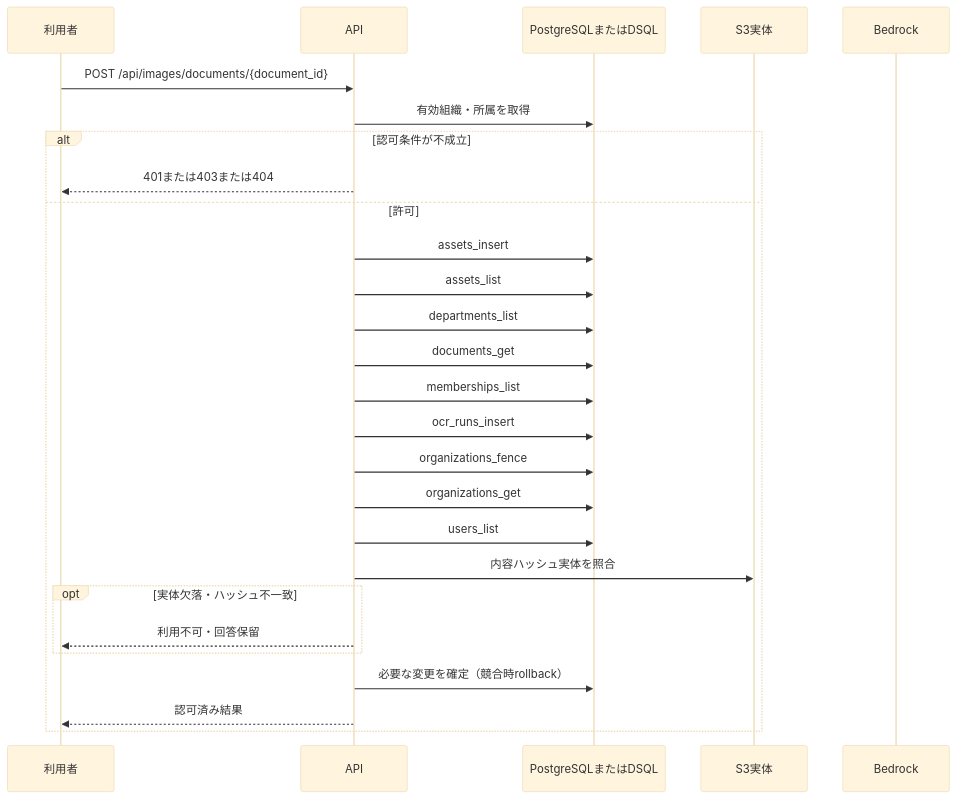
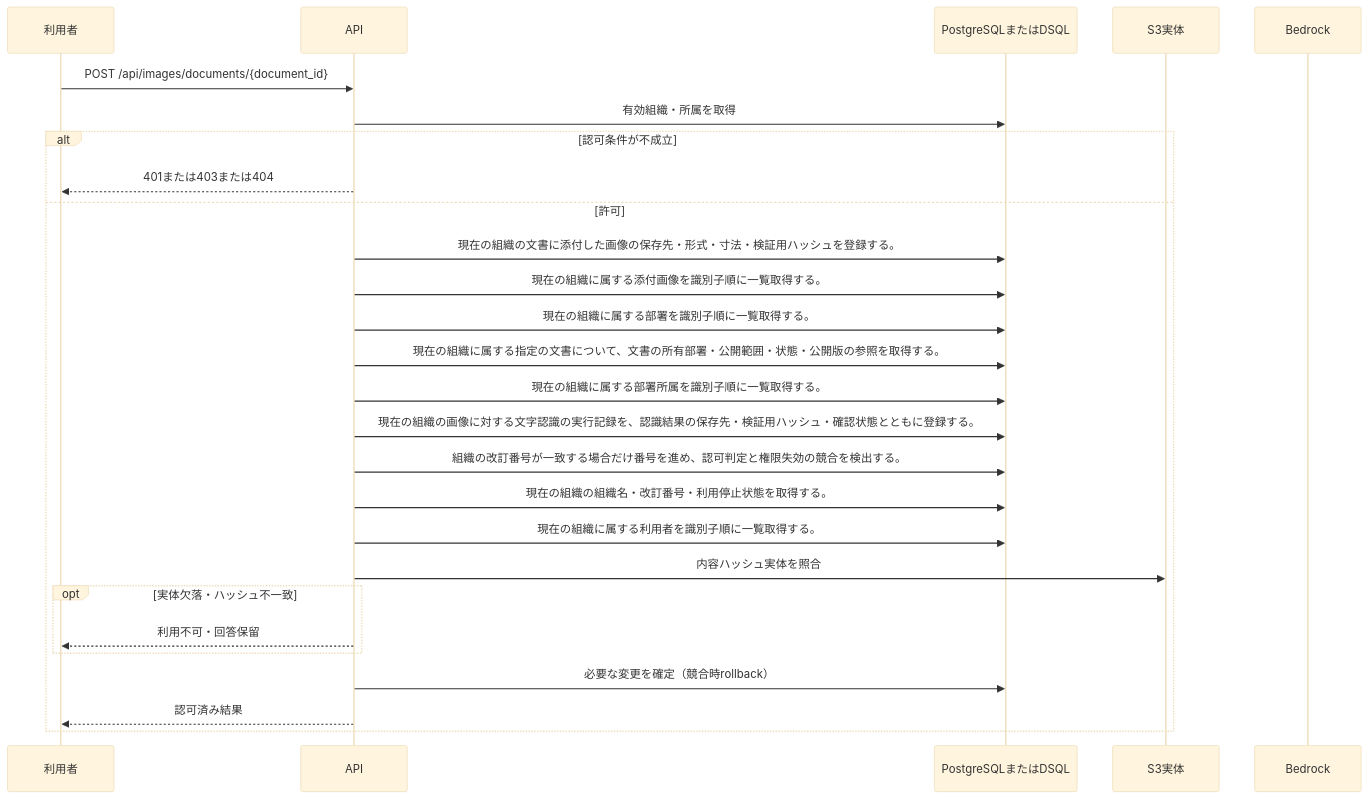
The diagram in docs/design/generated/api/images/upload_image/sequence.md (tsuji-tomonori/KotoRelay), drawn with Mermaid (base theme) before and after one commit. The commit also changed other lines of this file and 286 other files, not shown here.

````diff
--- a/docs/design/generated/api/images/upload_image/sequence.md
+++ b/docs/design/generated/api/images/upload_image/sequence.md
@@ -7,29 +7,29 @@
 ```mermaid
 sequenceDiagram
     participant U as 利用者
     participant A as API
     participant D as PostgreSQLまたはDSQL
     participant S as S3実体
     participant M as Bedrock
     U->>A: POST /api/images/documents/{document_id}
     A->>D: 有効組織・所属を取得
     alt 認可条件が不成立
         A-->>U: 401または403または404
     else 許可
-        A->>D: assets_insert
-        A->>D: assets_list
-        A->>D: departments_list
-        A->>D: documents_get
-        A->>D: memberships_list
-        A->>D: ocr_runs_insert
-        A->>D: organizations_fence
-        A->>D: organizations_get
-        A->>D: users_list
+        A->>D: 現在の組織の文書に添付した画像の保存先・形式・寸法・検証用ハッシュを登録する。
+        A->>D: 現在の組織に属する添付画像を識別子順に一覧取得する。
+        A->>D: 現在の組織に属する部署を識別子順に一覧取得する。
+        A->>D: 現在の組織に属する指定の文書について、文書の所有部署・公開範囲・状態・公開版の参照を取得する。
+        A->>D: 現在の組織に属する部署所属を識別子順に一覧取得する。
+        A->>D: 現在の組織の画像に対する文字認識の実行記録を、認識結果の保存先・検証用ハッシュ・確認状態とともに登録する。
+        A->>D: 組織の改訂番号が一致する場合だけ番号を進め、認可判定と権限失効の競合を検出する。
+        A->>D: 現在の組織の組織名・改訂番号・利用停止状態を取得する。
+        A->>D: 現在の組織に属する利用者を識別子順に一覧取得する。
         A->>S: 内容ハッシュ実体を照合
         opt 実体欠落・ハッシュ不一致
             A-->>U: 利用不可・回答保留
         end
         A->>D: 必要な変更を確定（競合時rollback）
         A-->>U: 認可済み結果
     end
 ```
````
